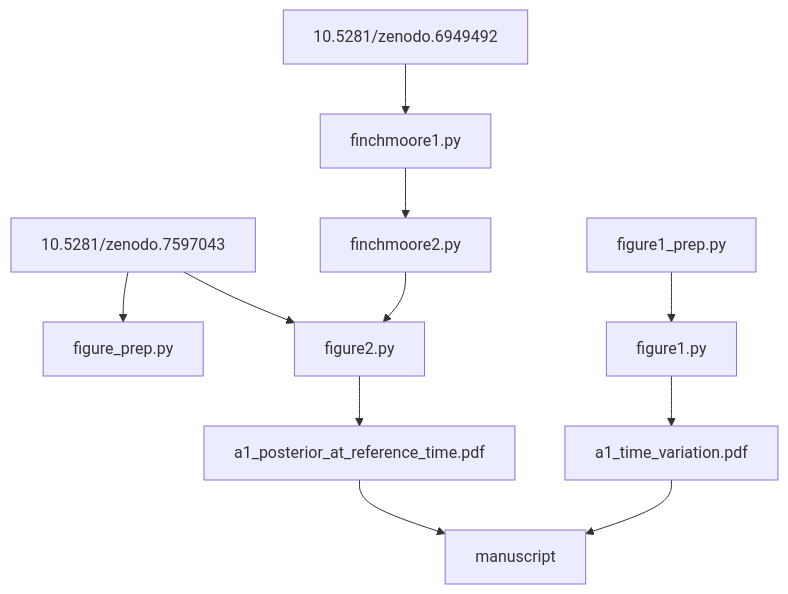
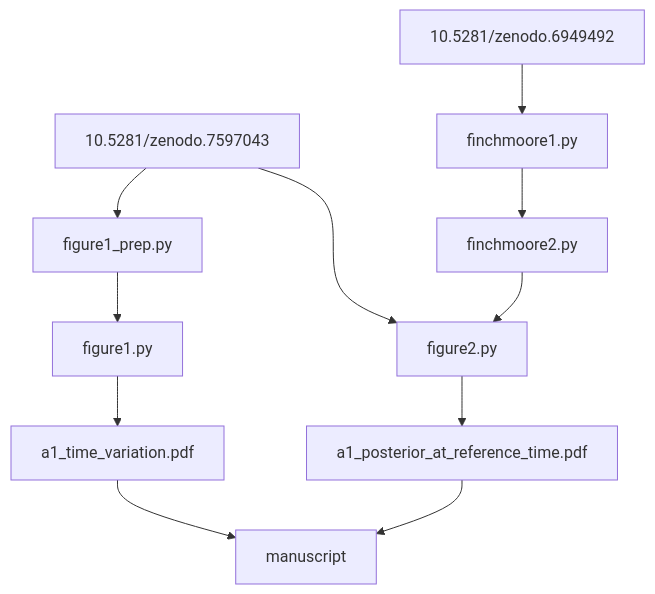
The diagram in src/scripts/README.md (maxisi/gw150914_rd_comment), drawn with Mermaid before and after one commit.

````diff
--- a/src/scripts/README.md
+++ b/src/scripts/README.md
@@ -11,13 +11,13 @@
 ```mermaid
 graph TD;
-    10.5281/zenodo.7597043-->figure_prep.py;
+    10.5281/zenodo.7597043-->figure1_prep.py;
     figure1_prep.py-->figure1.py;
     10.5281/zenodo.7597043-->figure2.py
     10.5281/zenodo.6949492-->finchmoore1.py;
     finchmoore1.py-->finchmoore2.py;
     finchmoore2.py-->figure2.py;
     figure1.py-->a1_time_variation.pdf;
     figure2.py-->a1_posterior_at_reference_time.pdf;
     a1_posterior_at_reference_time.pdf-->manuscript;
     a1_time_variation.pdf-->manuscript;
 ```
````
